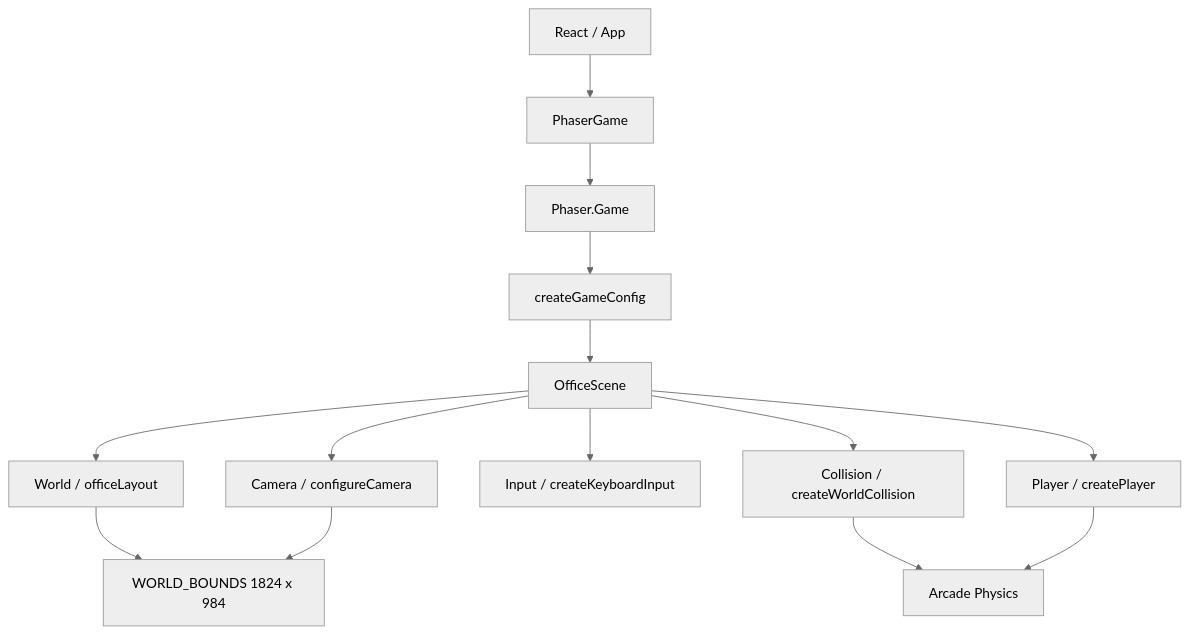
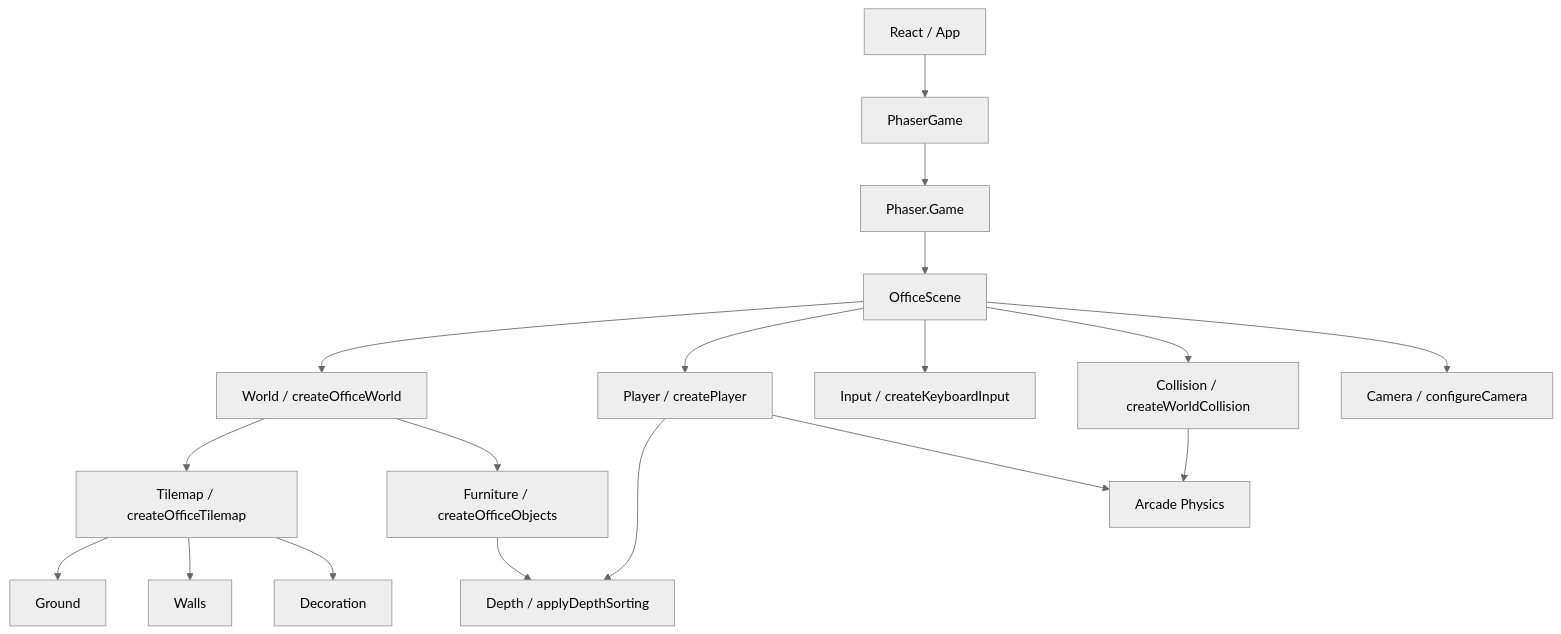
Before and after one commit to MARCOANTONIOCARDENASSANCHEZ/MiPortafolio: the diagram in docs/ARCHITECTURE.md, drawn with Mermaid (neutral theme). The commit also changed other lines of this file and 22 other files, not shown here.

Commit message:
feat: add tilemap and visual world foundation [AddPortfolio-0004]

````diff
--- a/docs/ARCHITECTURE.md
+++ b/docs/ARCHITECTURE.md
@@ -54,16 +64,20 @@
 ```mermaid
 flowchart TD
     React[React / App] --> PhaserGame[PhaserGame]
     PhaserGame --> Phaser[Phaser.Game]
-    Phaser --> Config[createGameConfig]
-    Config --> OfficeScene[OfficeScene]
-    OfficeScene --> World[World / officeLayout]
+    Phaser --> OfficeScene[OfficeScene]
+    OfficeScene --> World[World / createOfficeWorld]
+    World --> Tilemap[Tilemap / createOfficeTilemap]
+    Tilemap --> Ground[Ground]
+    Tilemap --> Walls[Walls]
+    Tilemap --> Decoration[Decoration]
+    World --> Furniture[Furniture / createOfficeObjects]
     OfficeScene --> Player[Player / createPlayer]
     OfficeScene --> Input[Input / createKeyboardInput]
     OfficeScene --> Collision[Collision / createWorldCollision]
     OfficeScene --> Camera[Camera / configureCamera]
-    World --> WorldSize[WORLD_BOUNDS 1824 x 984]
+    Player --> Depth[Depth / applyDepthSorting]
+    Furniture --> Depth
     Collision --> Physics[Arcade Physics]
     Player --> Physics
-    Camera --> WorldSize
 ```
````
